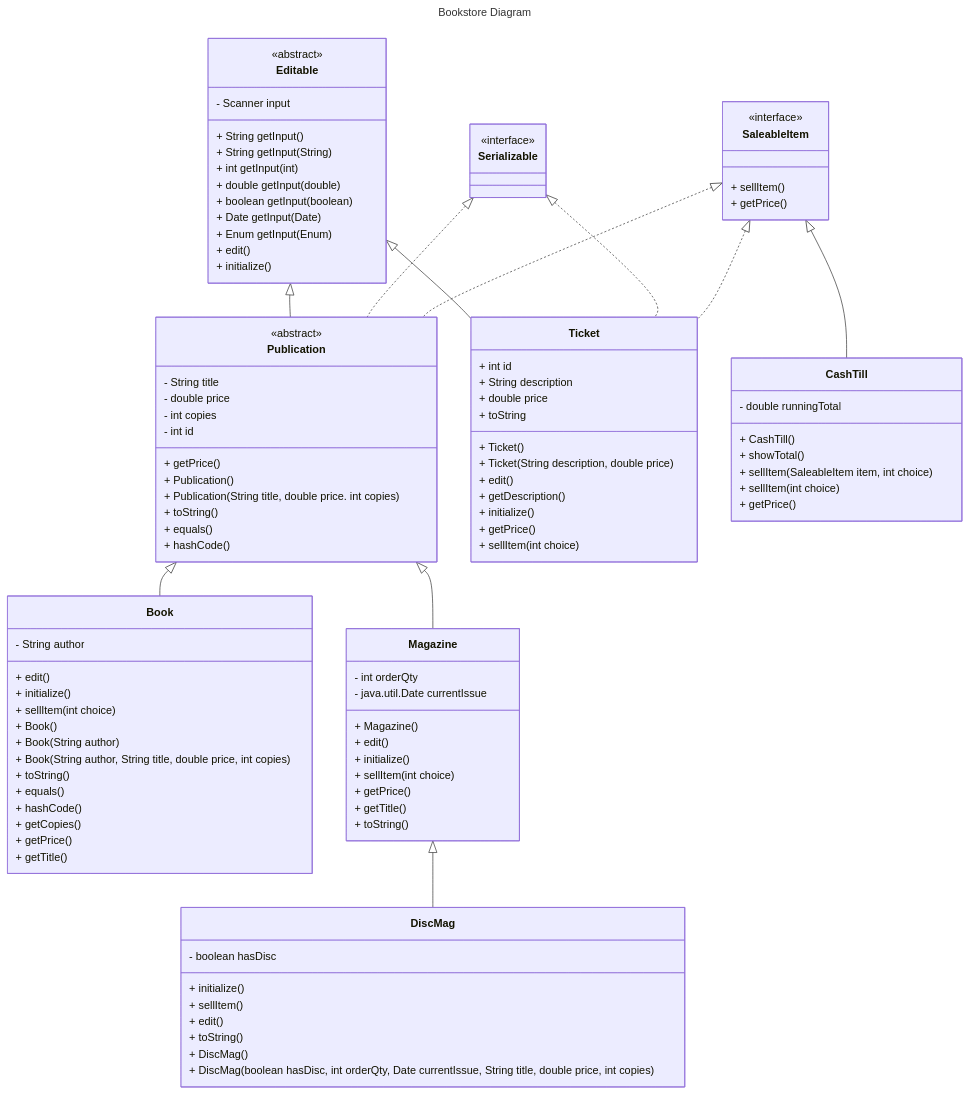
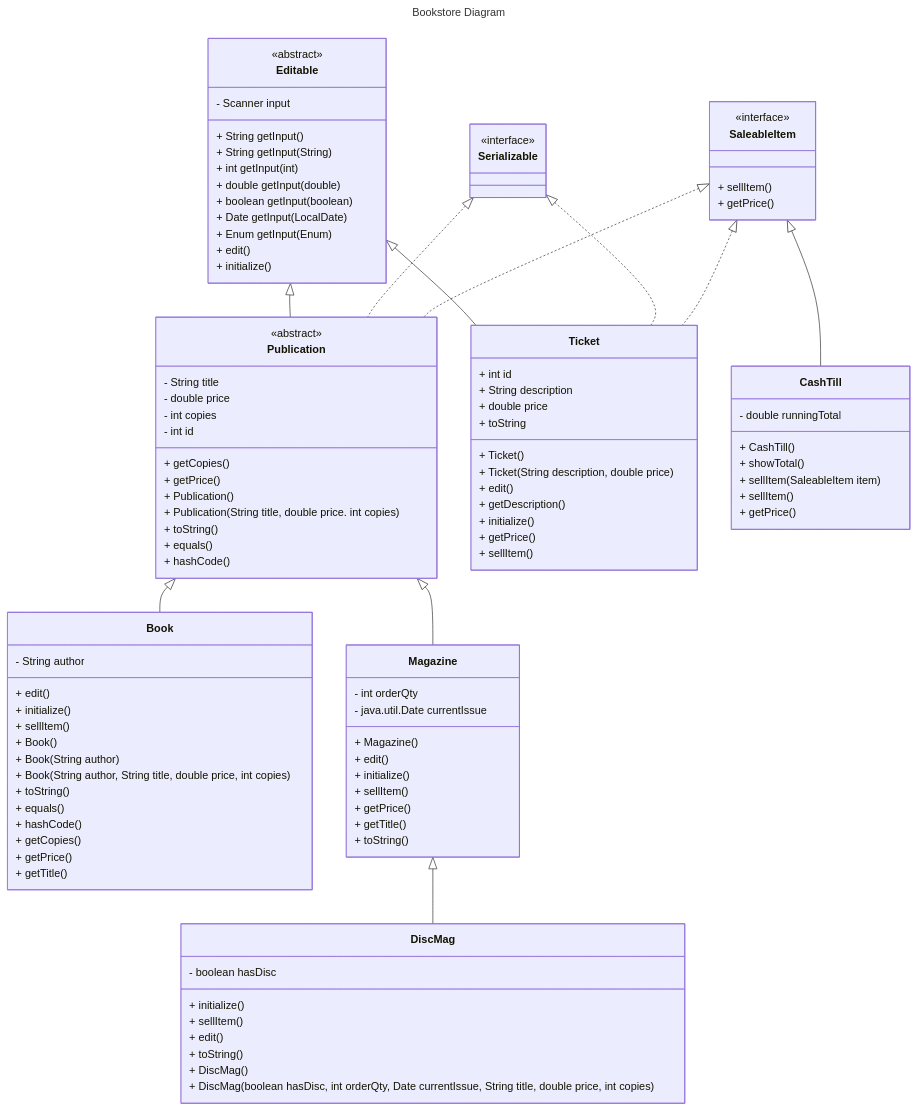
Before and after one commit to juanroy012/CSD214_Fall25_JuanRoy: the diagram in src/main/java/Lab1/diagram.md, drawn with Mermaid.

Commit message:
Update Lab1 1.5

```diff
--- a/src/main/java/Lab1/diagram.md
+++ b/src/main/java/Lab1/diagram.md
@@ -31,7 +31,7 @@
     Editable: + int getInput(int)
     Editable: + double getInput(double)
     Editable: + boolean getInput(boolean)
-    Editable: + Date getInput(Date)
+    Editable: + Date getInput(LocalDate)
     Editable: + Enum getInput(Enum)
     Editable: + edit()
     Editable: + initialize()
@@ -42,6 +42,7 @@
     Publication: - double price
     Publication: - int copies
     Publication: - int id
+    Publication: + getCopies()
     Publication: + getPrice()
     Publication: + Publication()
     Publication: + Publication(String title, double price. int copies)
@@ -53,8 +54,8 @@
     CashTill: - double runningTotal
     CashTill: + CashTill()
     CashTill: + showTotal()
-    CashTill: + sellItem(SaleableItem item, int choice)
-    CashTill: + sellItem(int choice)
+    CashTill: + sellItem(SaleableItem item)
+    CashTill: + sellItem()
     CashTill: + getPrice()
     
     Class Ticket
@@ -68,13 +69,13 @@
     Ticket: + getDescription()
     Ticket: + initialize()
     Ticket: + getPrice()
-    Ticket: + sellItem(int choice)
+    Ticket: + sellItem()
     
     Class Book
     Book: - String author
     Book: + edit()
     Book: + initialize()
-    Book: + sellItem(int choice)
+    Book: + sellItem()
     Book: + Book()
     Book: + Book(String author)
     Book: + Book(String author, String title, double price, int copies)
@@ -91,7 +92,7 @@
     Magazine: + Magazine()
     Magazine: + edit()
     Magazine: + initialize()
-    Magazine: + sellItem(int choice)
+    Magazine: + sellItem()
     Magazine: + getPrice()
     Magazine: + getTitle()
     Magazine: + toString()
```
